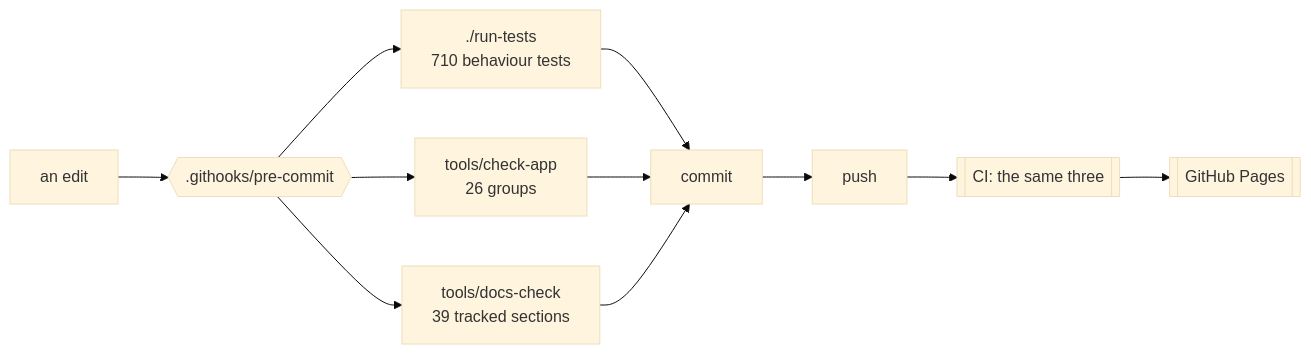
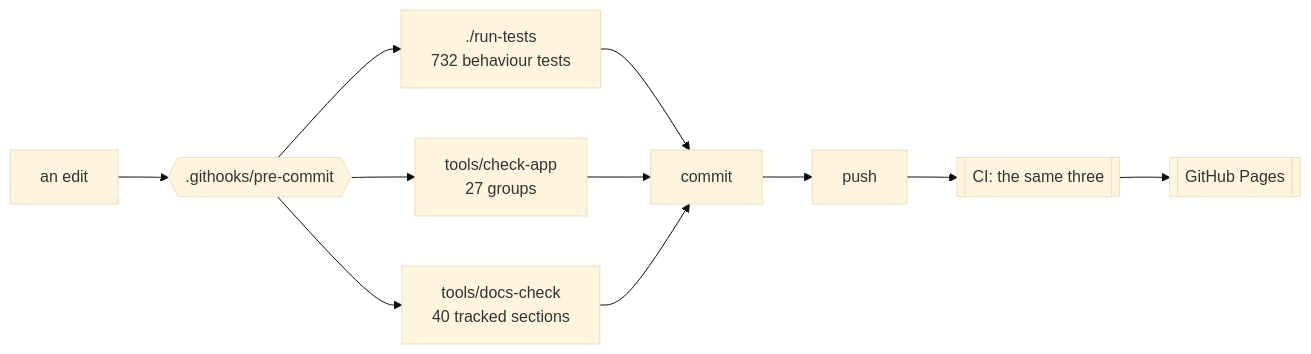
One commit to minormending/crystal-pilot-mobile changed the first of 2 diagrams in docs/DEVELOPING.md. Above: the diagram before and after it, drawn with Mermaid (base theme). The commit also changed other lines of this file and 16 other files, not shown here.

````diff
--- a/docs/DEVELOPING.md
+++ b/docs/DEVELOPING.md
@@ -15,12 +15,12 @@
 ```mermaid
 flowchart LR
     E[an edit] --> H{{".githooks/pre-commit"}}
-    H --> T["./run-tests<br/>710 behaviour tests"]
-    H --> C["tools/check-app<br/>26 groups"]
-    H --> D["tools/docs-check<br/>39 tracked sections"]
+    H --> T["./run-tests<br/>732 behaviour tests"]
+    H --> C["tools/check-app<br/>27 groups"]
+    H --> D["tools/docs-check<br/>40 tracked sections"]
     T --> OK[commit]
     C --> OK
     D --> OK
     OK --> P[push] --> CI[["CI: the same three"]]
     CI --> PG[[GitHub Pages]]
 ```
````
